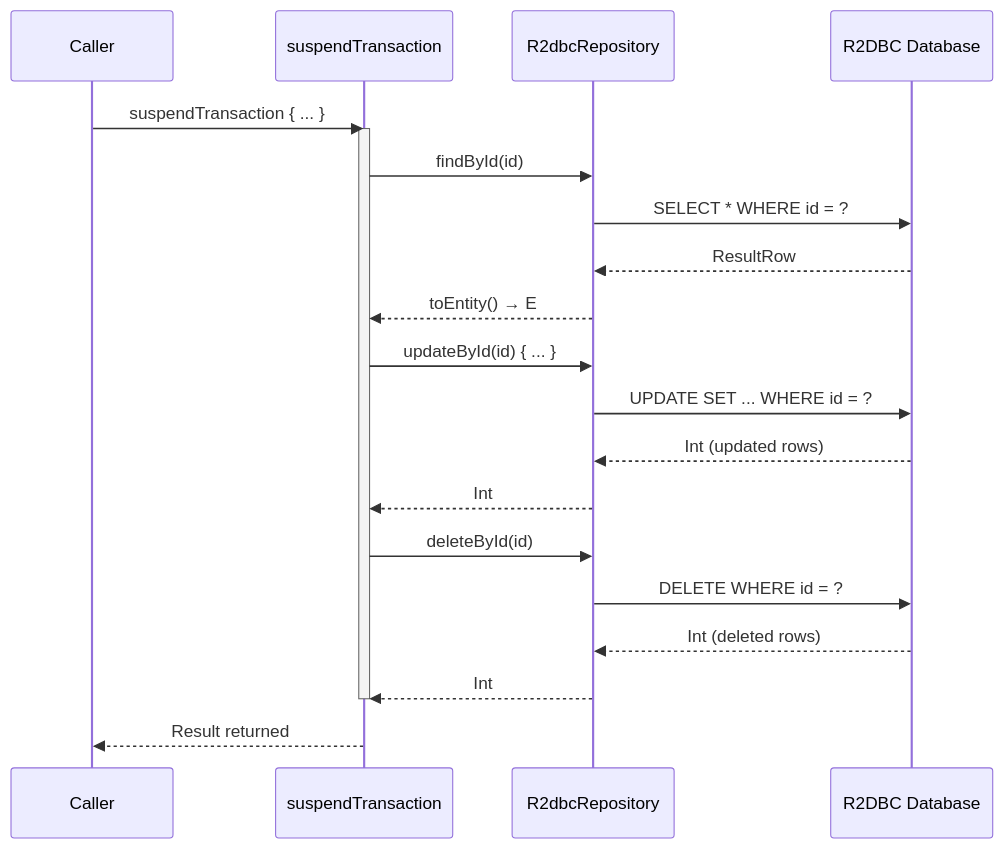
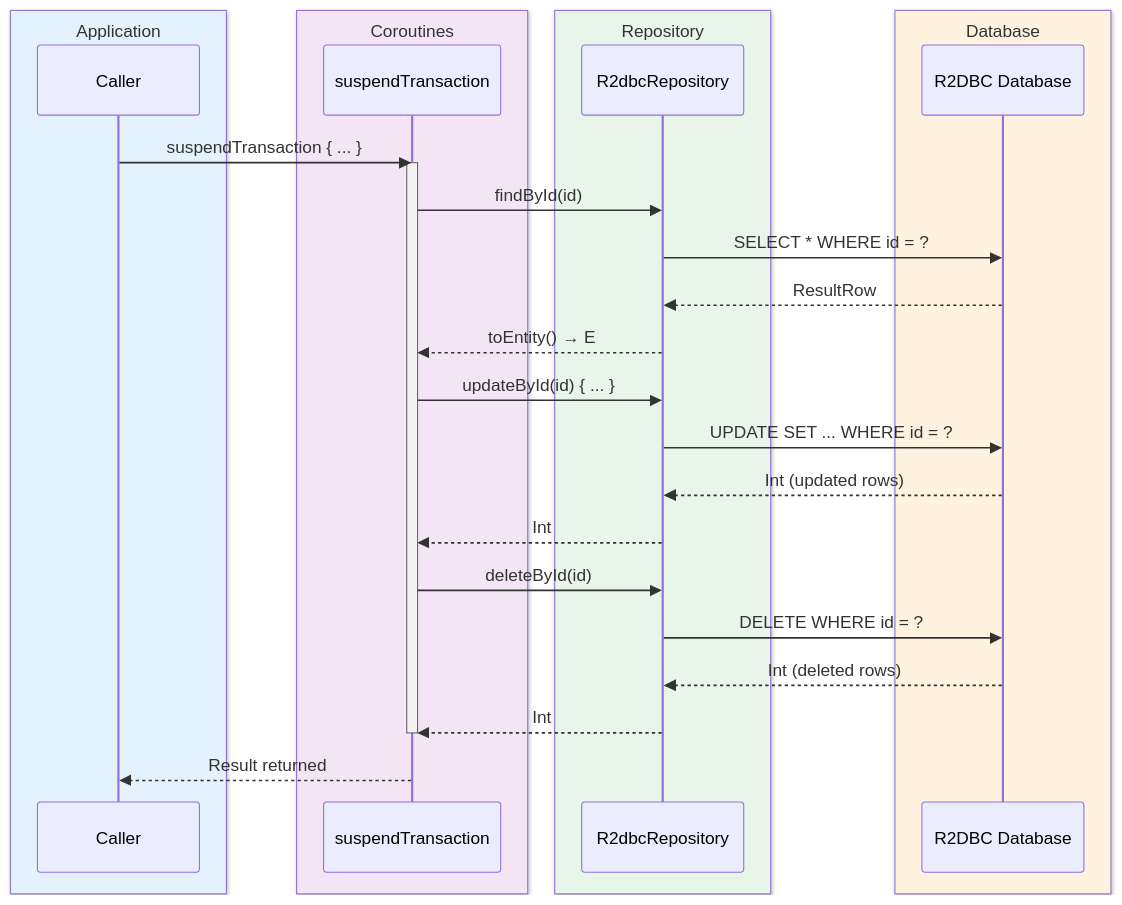
The third of 4 diagrams in data/exposed-r2dbc/README.md (bluetape4k/bluetape4k-projects), drawn with Mermaid before and after one commit. The commit also changed other lines of this file and 221 other files, not shown here.

First line of the commit message:
docs: 전체 모듈 README UML 다이어그램 보강 및 색상 업그레이드

````diff
--- a/data/exposed-r2dbc/README.md
+++ b/data/exposed-r2dbc/README.md
@@ -281,28 +290,36 @@
 ```mermaid
 sequenceDiagram
-    participant C as Caller
-    participant T as suspendTransaction
-    participant R as R2dbcRepository
-    participant DB as R2DBC Database
+    box rgb(227, 242, 253) Application
+        participant C as Caller
+    end
+    box rgb(243, 229, 245) Coroutines
+        participant T as suspendTransaction
+    end
+    box rgb(232, 245, 233) Repository
+        participant R as R2dbcRepository
+    end
+    box rgb(255, 243, 224) Database
+        participant DB as R2DBC Database
+    end
 
     C->>T: suspendTransaction { ... }
     activate T
 
     T->>R: findById(id)
     R->>DB: SELECT * WHERE id = ?
     DB-->>R: ResultRow
     R-->>T: toEntity() → E
 
     T->>R: updateById(id) { ... }
     R->>DB: UPDATE SET ... WHERE id = ?
     DB-->>R: Int (updated rows)
     R-->>T: Int
 
     T->>R: deleteById(id)
     R->>DB: DELETE WHERE id = ?
     DB-->>R: Int (deleted rows)
     R-->>T: Int
 
     deactivate T
     T-->>C: Result returned
 ```
````
